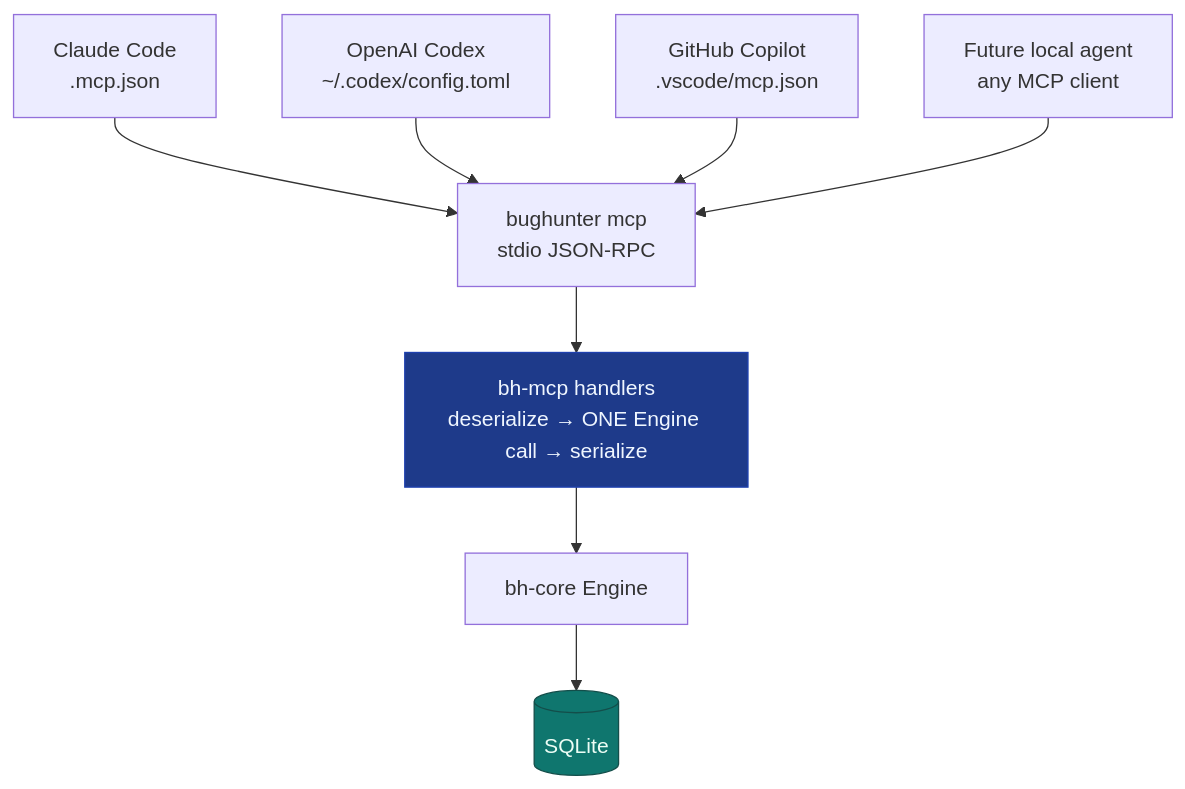
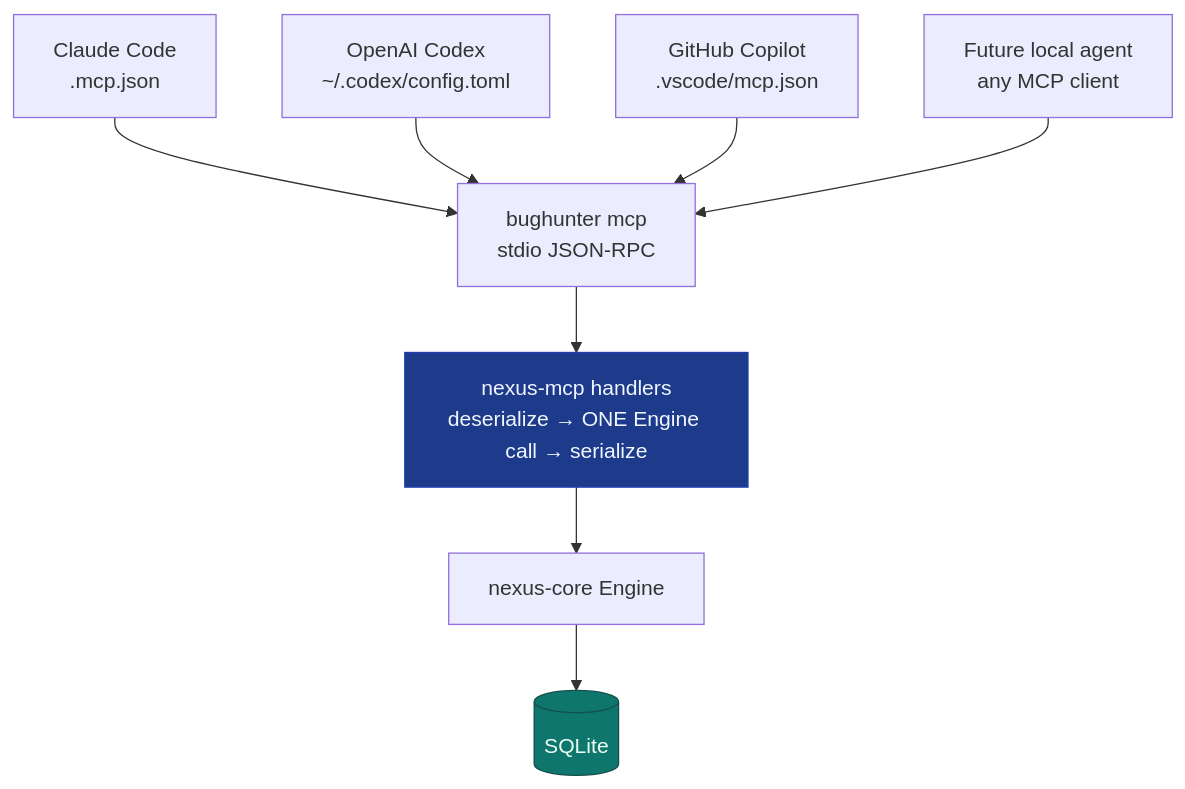
The first of 5 diagrams in docs/diagrams/mcp-integration.md (zorigtbaatarAst/nexus), drawn with Mermaid before and after one commit. The commit also changed other lines of this file and 19 other files, not shown here.

````diff
--- a/docs/diagrams/mcp-integration.md
+++ b/docs/diagrams/mcp-integration.md
@@ -6,22 +6,22 @@
 ```mermaid
 flowchart TD
     CC["Claude Code<br/>.mcp.json"]
     CX["OpenAI Codex<br/>~/.codex/config.toml"]
     CP["GitHub Copilot<br/>.vscode/mcp.json"]
     LO["Future local agent<br/>any MCP client"]
 
     CC --> S
     CX --> S
     CP --> S
     LO --> S
 
     S["bughunter mcp<br/>stdio JSON-RPC"]
-    S --> H["bh-mcp handlers<br/>deserialize → ONE Engine call → serialize"]
-    H --> E["bh-core Engine"]
+    S --> H["nexus-mcp handlers<br/>deserialize → ONE Engine call → serialize"]
+    H --> E["nexus-core Engine"]
     E --> DB[("SQLite")]
 
     classDef thin fill:#1e3a8a,stroke:#1e40af,color:#eff6ff
     classDef store fill:#0f766e,stroke:#134e4a,color:#ecfdf5
     class H thin
     class DB store
 ```
````
